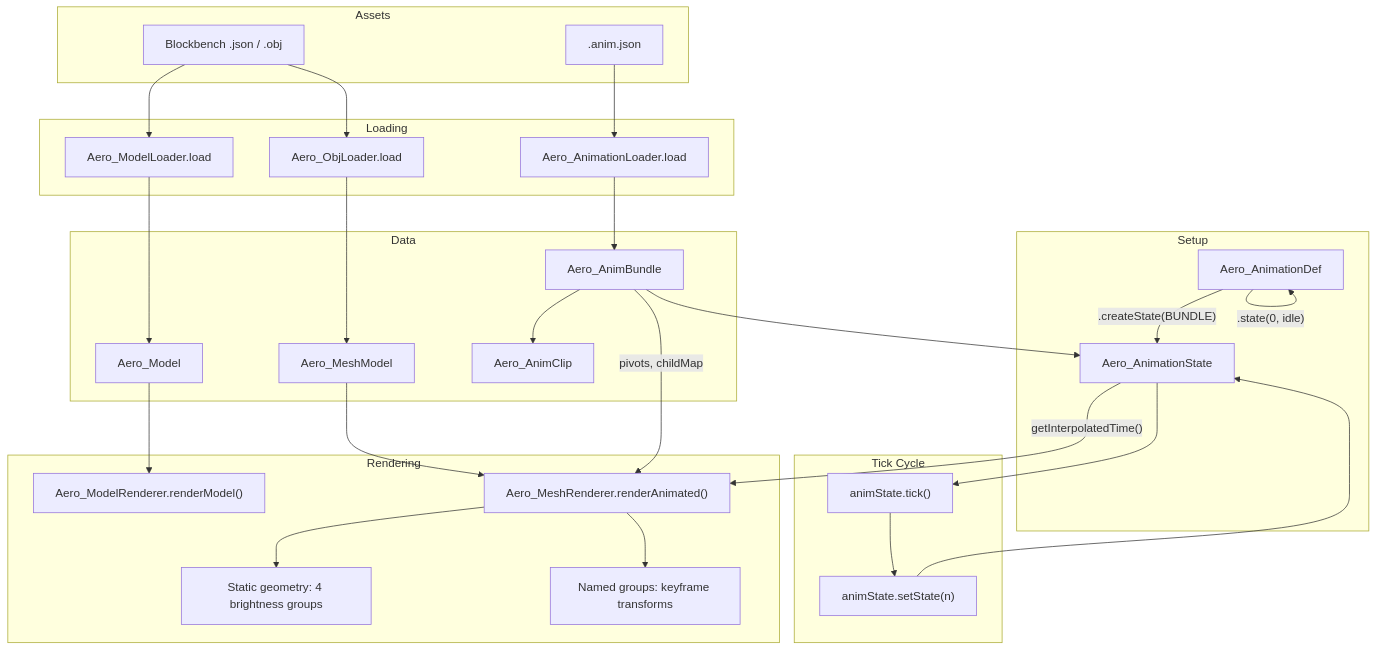
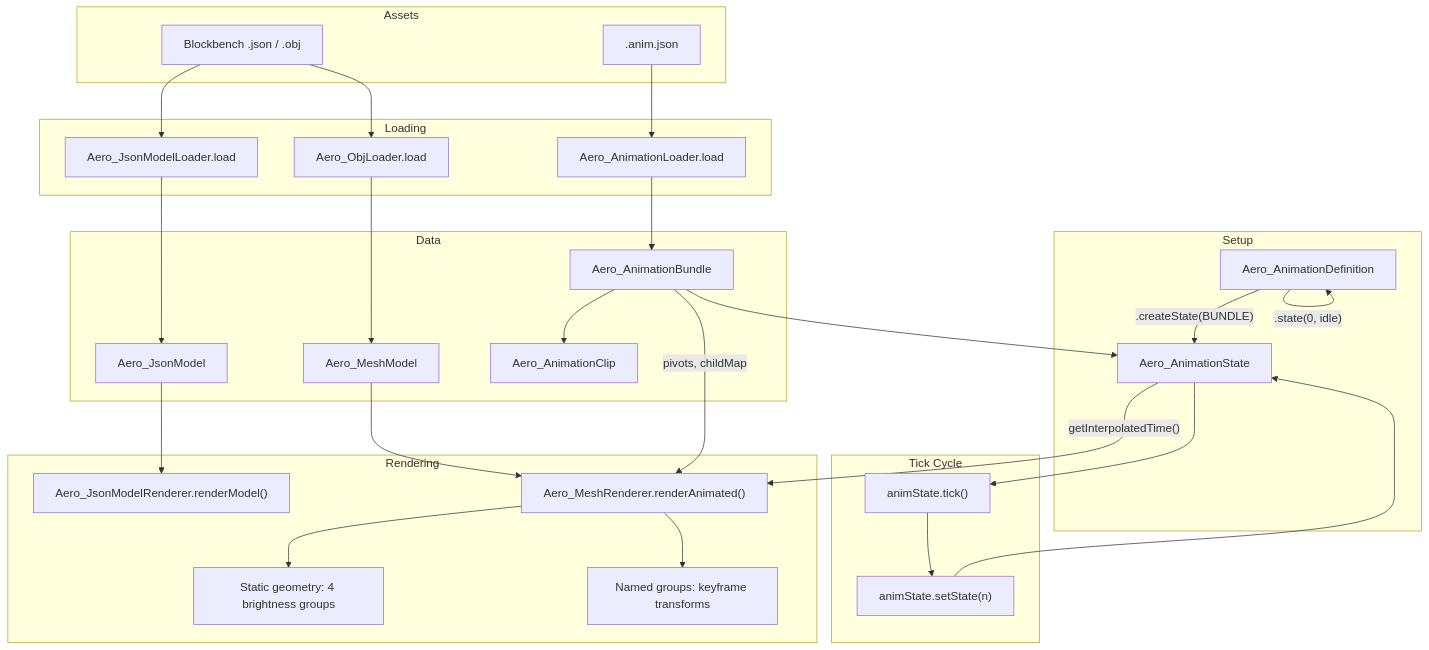
The second of 5 diagrams in DOC.md (lucasrgt/aero-model-lib), drawn with Mermaid before and after one commit. The commit also changed other lines of this file and 11 other files, not shown here.

````diff
--- a/DOC.md
+++ b/DOC.md
@@ -115,56 +115,56 @@
 ```mermaid
 flowchart TD
     subgraph Assets
         BB[Blockbench .json / .obj]
         AJ[.anim.json]
     end
 
     subgraph Loading
-        ML[Aero_ModelLoader.load]
+        ML[Aero_JsonModelLoader.load]
         OL[Aero_ObjLoader.load]
         AL[Aero_AnimationLoader.load]
     end
 
     subgraph Data
-        M[Aero_Model]
+        M[Aero_JsonModel]
         MM[Aero_MeshModel]
-        AB[Aero_AnimBundle]
-        AC[Aero_AnimClip]
+        AB[Aero_AnimationBundle]
+        AC[Aero_AnimationClip]
     end
 
     subgraph Setup
-        AD[Aero_AnimationDef]
+        AD[Aero_AnimationDefinition]
         AS[Aero_AnimationState]
     end
 
     subgraph TickCycle[Tick Cycle]
         T["animState.tick()"]
         SS["animState.setState(n)"]
     end
 
     subgraph Rendering
-        RM["Aero_ModelRenderer.renderModel()"]
+        RM["Aero_JsonModelRenderer.renderModel()"]
         MR["Aero_MeshRenderer.renderAnimated()"]
         SG[Static geometry: 4 brightness groups]
         NG[Named groups: keyframe transforms]
     end
 
     BB --> ML --> M
     BB --> OL --> MM
     AJ --> AL --> AB --> AC
 
     AD -- ".state(0, idle)" --> AD
     AD -- ".createState(BUNDLE)" --> AS
     AB --> AS
 
     AS --> T --> SS
     SS --> AS
 
     M --> RM
     MM --> MR
     AS -- "getInterpolatedTime()" --> MR
     AB -- "pivots, childMap" --> MR
 
     MR --> SG
     MR --> NG
 ```
````
